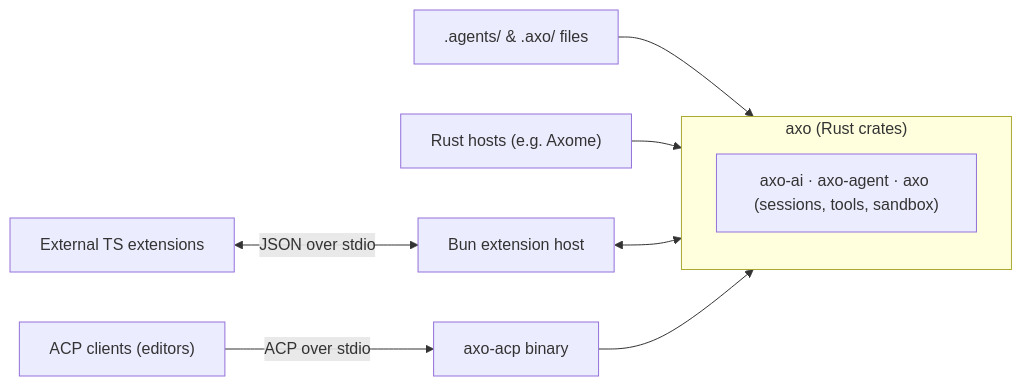
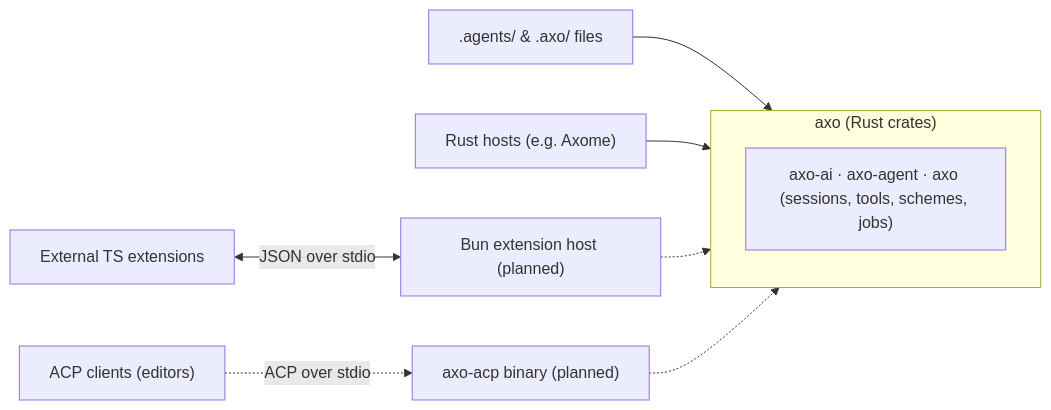
One commit to Axo-Gnosis/Axo changed the diagram in plan/design.md. Above: the diagram before and after it, drawn with Mermaid. The commit also changed other lines of this file and 10 other files, not shown here.

````diff
--- a/plan/design.md
+++ b/plan/design.md
@@ -46,10 +47,10 @@
 ```mermaid
 flowchart LR
   D[".agents/ & .axo/ files"] --> C
   subgraph C["axo (Rust crates)"]
-    L["axo-ai · axo-agent · axo (sessions, tools, sandbox)"]
+    L["axo-ai · axo-agent · axo (sessions, tools, schemes, jobs)"]
   end
   S["Rust hosts (e.g. Axome)"] --> C
-  X["External TS extensions"] <-->|JSON over stdio| H["Bun extension host"] <--> C
-  R["ACP clients (editors)"] -->|ACP over stdio| A["axo-acp binary"] --> C
+  X["External TS extensions"] <-->|JSON over stdio| H["Bun extension host (planned)"] -.-> C
+  R["ACP clients (editors)"] -.->|ACP over stdio| A["axo-acp binary (planned)"] -.-> C
 ```
````
